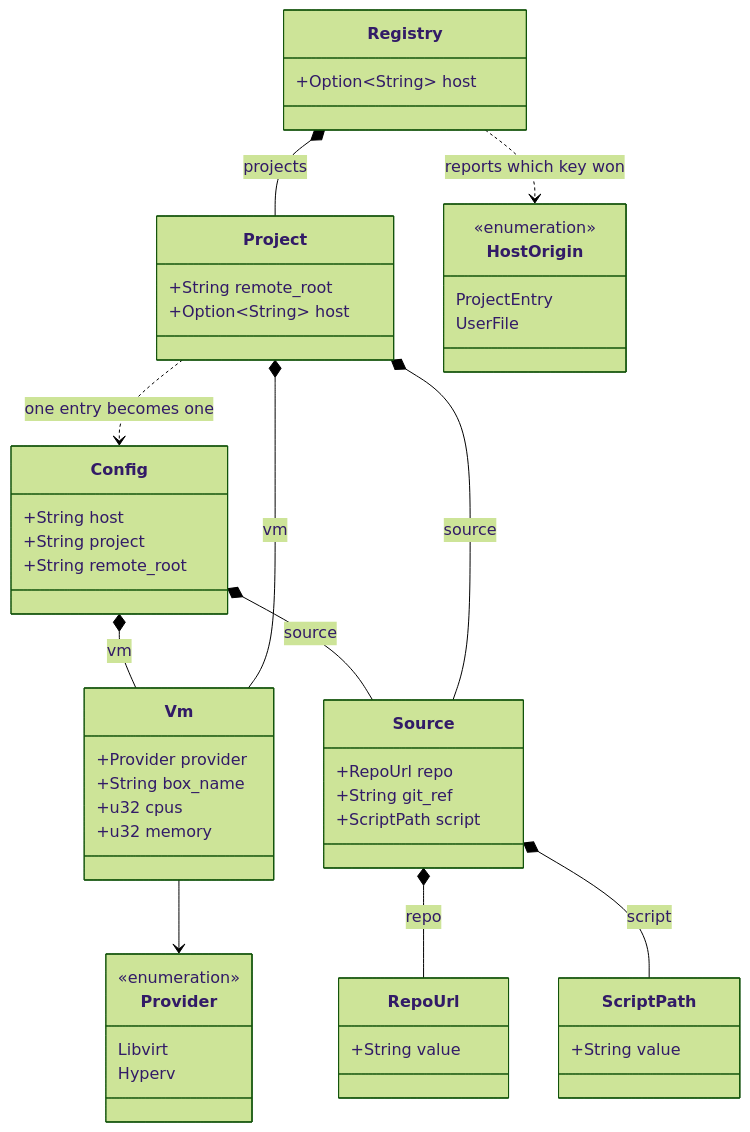
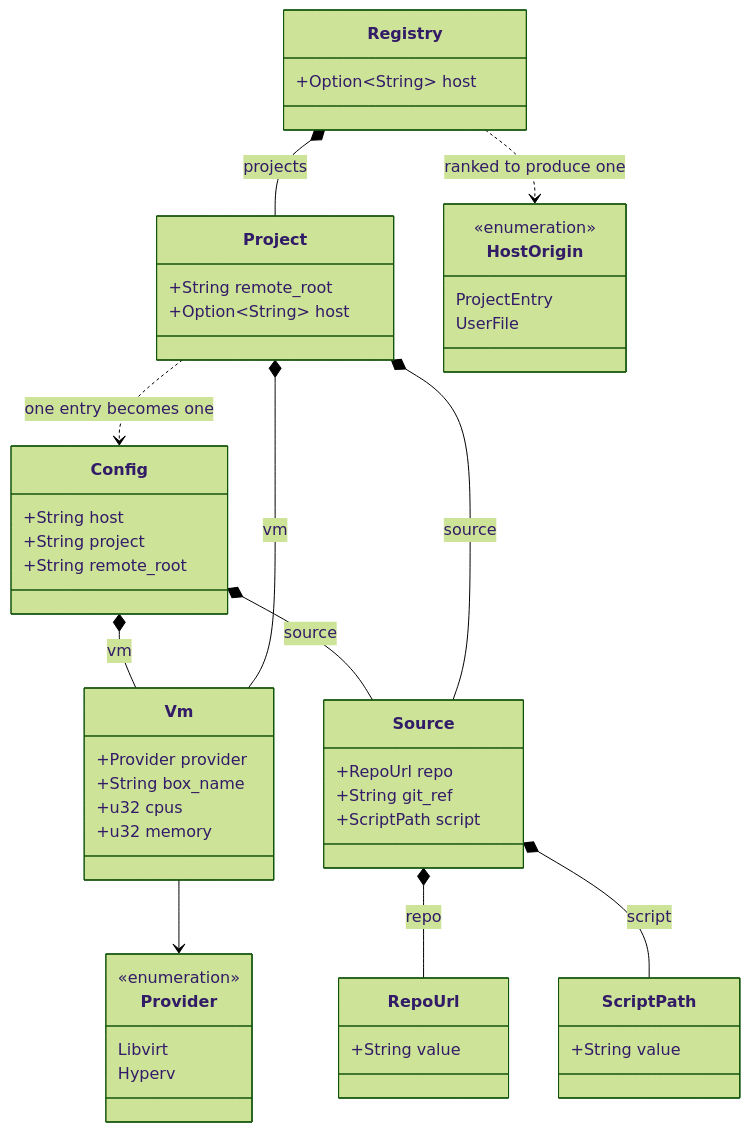
One commit to breki/bombyx changed the third of 6 diagrams in docs/architecture.md. Above: the diagram before and after it, drawn with Mermaid (forest theme). The commit also changed other lines of this file and 21 other files, not shown here.

````diff
--- a/docs/architecture.md
+++ b/docs/architecture.md
@@ -128,53 +128,53 @@
 ```mermaid
 classDiagram
   class Config {
     +String host
     +String project
     +String remote_root
   }
   class Vm {
     +Provider provider
     +String box_name
     +u32 cpus
     +u32 memory
   }
   class Source {
     +RepoUrl repo
     +String git_ref
     +ScriptPath script
   }
   class RepoUrl {
     +String value
   }
   class ScriptPath {
     +String value
   }
   class Provider {
     <<enumeration>>
     Libvirt
     Hyperv
   }
   class Registry {
     +Option~String~ host
   }
   class Project {
     +String remote_root
     +Option~String~ host
   }
   class HostOrigin {
     <<enumeration>>
     ProjectEntry
     UserFile
   }
 
   Config *-- Vm : vm
   Config *-- Source : source
   Registry *-- Project : projects
   Project *-- Vm : vm
   Project *-- Source : source
   Project ..> Config : one entry becomes one
   Vm --> Provider
   Source *-- RepoUrl : repo
   Source *-- ScriptPath : script
-  Registry ..> HostOrigin : reports which key won
+  Registry ..> HostOrigin : ranked to produce one
 ```
````
